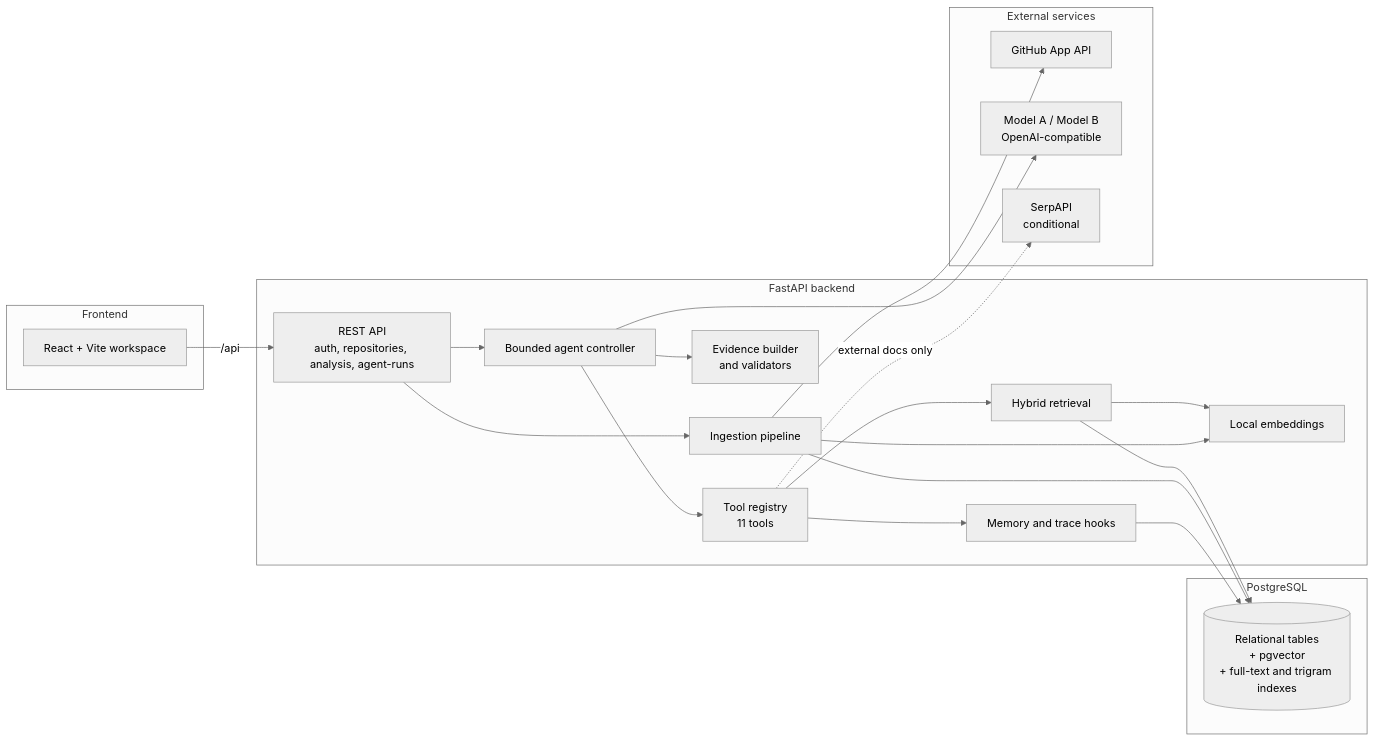
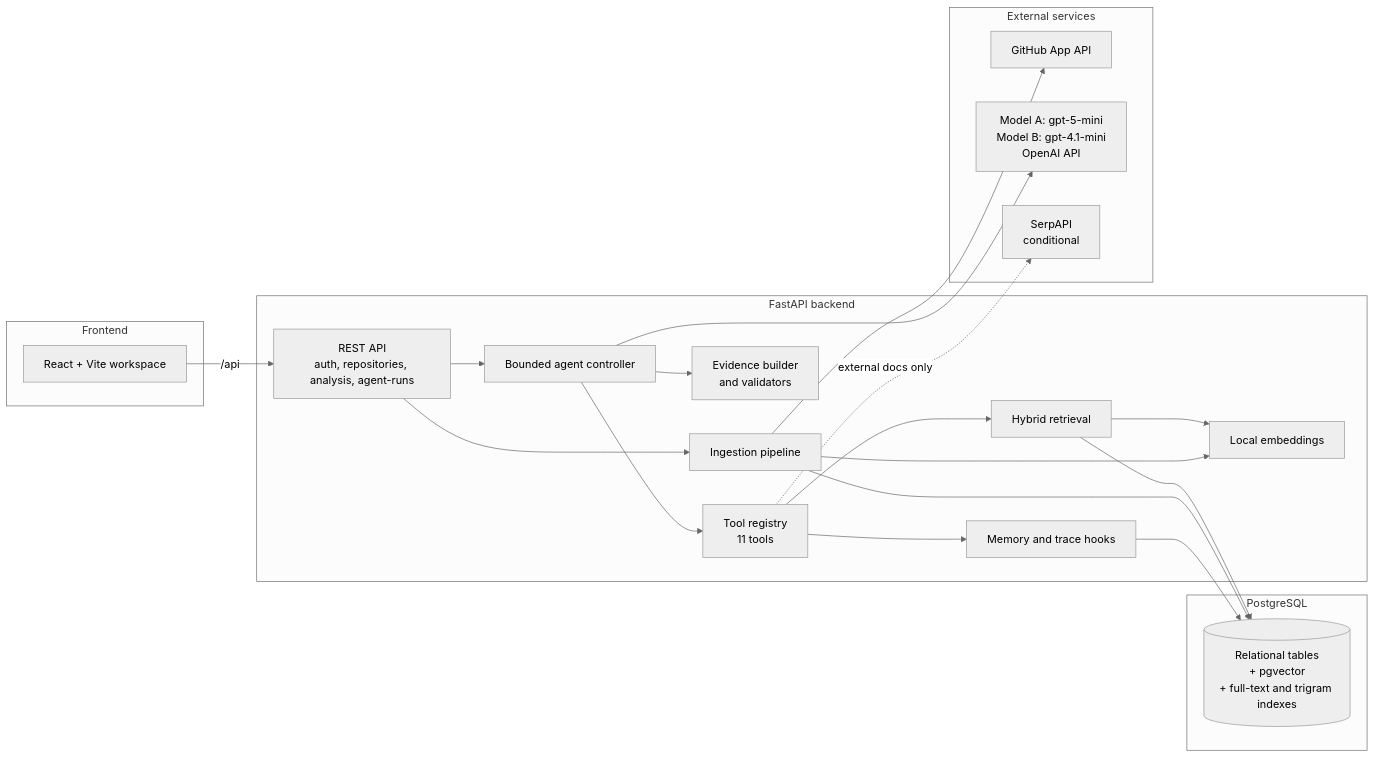
Before and after one commit to Hussnain-Nazir/Agentic-RAG-for-Codebase-Intelligence: the first of 4 diagrams in README.md, drawn with Mermaid (neutral theme). The commit also changed other lines of this file and 1 other file, not shown here.

````diff
--- a/README.md
+++ b/README.md
@@ -105,43 +105,43 @@
 ```mermaid
 flowchart LR
     subgraph Client["Frontend"]
         UI["React + Vite workspace"]
     end
 
     subgraph Backend["FastAPI backend"]
         API["REST API<br/>auth, repositories, analysis, agent-runs"]
         AGENT["Bounded agent controller"]
         TOOLS["Tool registry<br/>11 tools"]
         RET["Hybrid retrieval"]
         EVID["Evidence builder<br/>and validators"]
         ING["Ingestion pipeline"]
         EMB["Local embeddings"]
         MEM["Memory and trace hooks"]
     end
 
     subgraph Store["PostgreSQL"]
         PG[("Relational tables<br/>+ pgvector<br/>+ full-text and trigram indexes")]
     end
 
     subgraph External["External services"]
         GH["GitHub App API"]
-        LLM["Model A / Model B<br/>OpenAI-compatible"]
+        LLM["Model A: gpt-5-mini<br/>Model B: gpt-4.1-mini<br/>OpenAI API"]
         WEB["SerpAPI<br/>conditional"]
     end
 
     UI -->|"/api"| API
     API --> AGENT
     API --> ING
     AGENT --> TOOLS
     TOOLS --> RET
     TOOLS --> MEM
     RET --> PG
     RET --> EMB
     AGENT --> EVID
     AGENT --> LLM
     TOOLS -.->|"external docs only"| WEB
     ING --> PG
     ING --> EMB
     ING --> GH
     MEM --> PG
 ```
````
